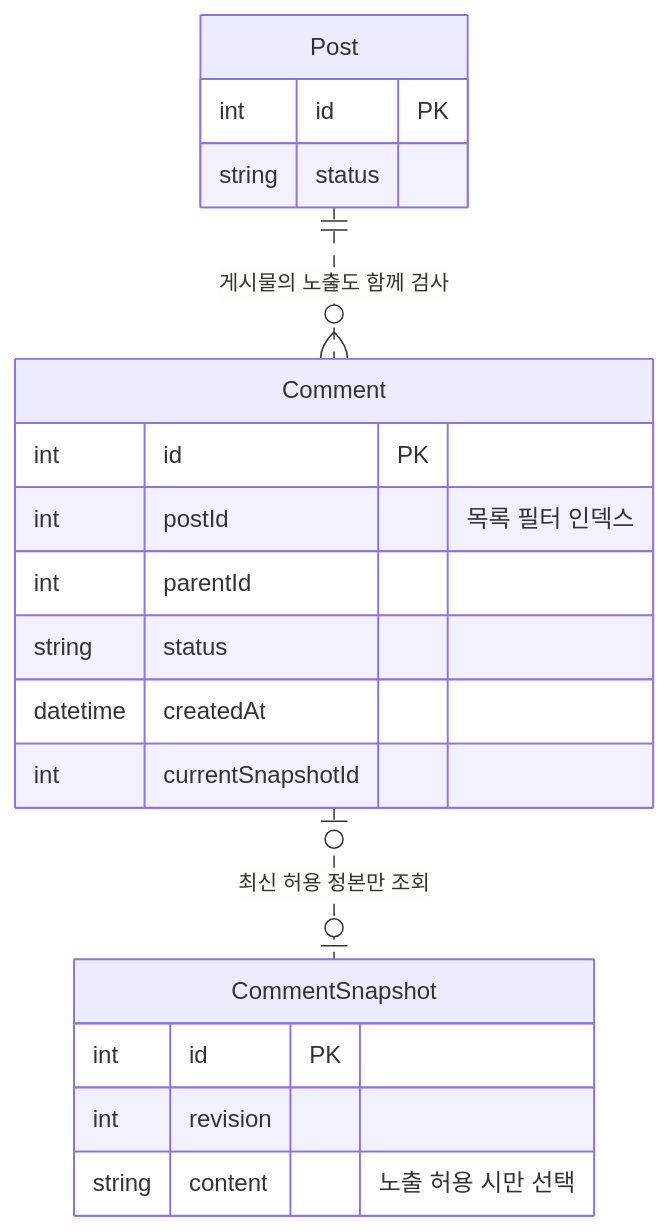
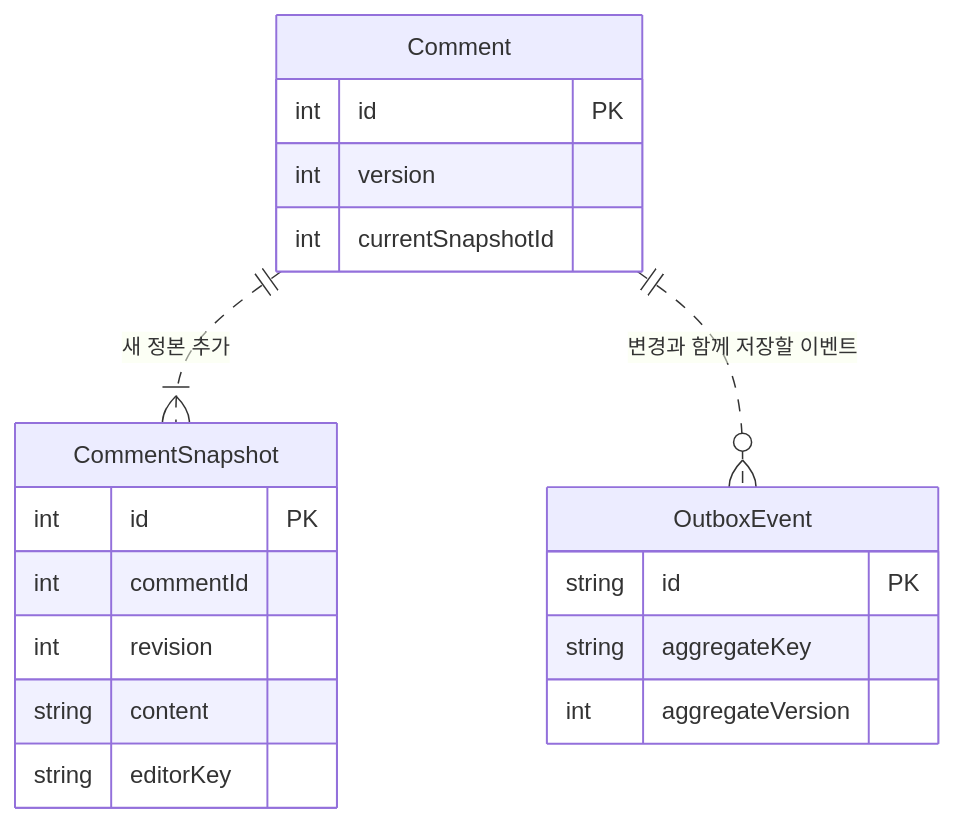
One commit to luke0408/blog-erd changed the eighth of 9 diagrams in docs/comment-management.md. Above: the diagram before and after it, drawn with Mermaid. The commit also changed other lines of this file and 5 other files, not shown here.

Commit message:
docs(erd): reorder student questions by design requirements

````diff
--- a/docs/comment-management.md
+++ b/docs/comment-management.md
@@ -208,22 +240,22 @@
 ```mermaid
 erDiagram
     Comment {
         int id PK
-        int postId "목록 필터 인덱스"
-        int parentId
-        string status
-        datetime createdAt
+        int version
         int currentSnapshotId
     }
     CommentSnapshot {
         int id PK
+        int commentId
         int revision
-        string content "노출 허용 시만 선택"
+        string content
+        string editorKey
     }
-    Post {
-        int id PK
-        string status
+    OutboxEvent {
+        string id PK
+        string aggregateKey
+        int aggregateVersion
     }
-    Post ||..o{ Comment : "게시물의 노출도 함께 검사"
-    Comment |o..o| CommentSnapshot : "최신 허용 정본만 조회"
+    Comment ||..|{ CommentSnapshot : "새 정본 추가"
+    Comment ||..o{ OutboxEvent : "변경과 함께 저장할 이벤트"
 ```
````
